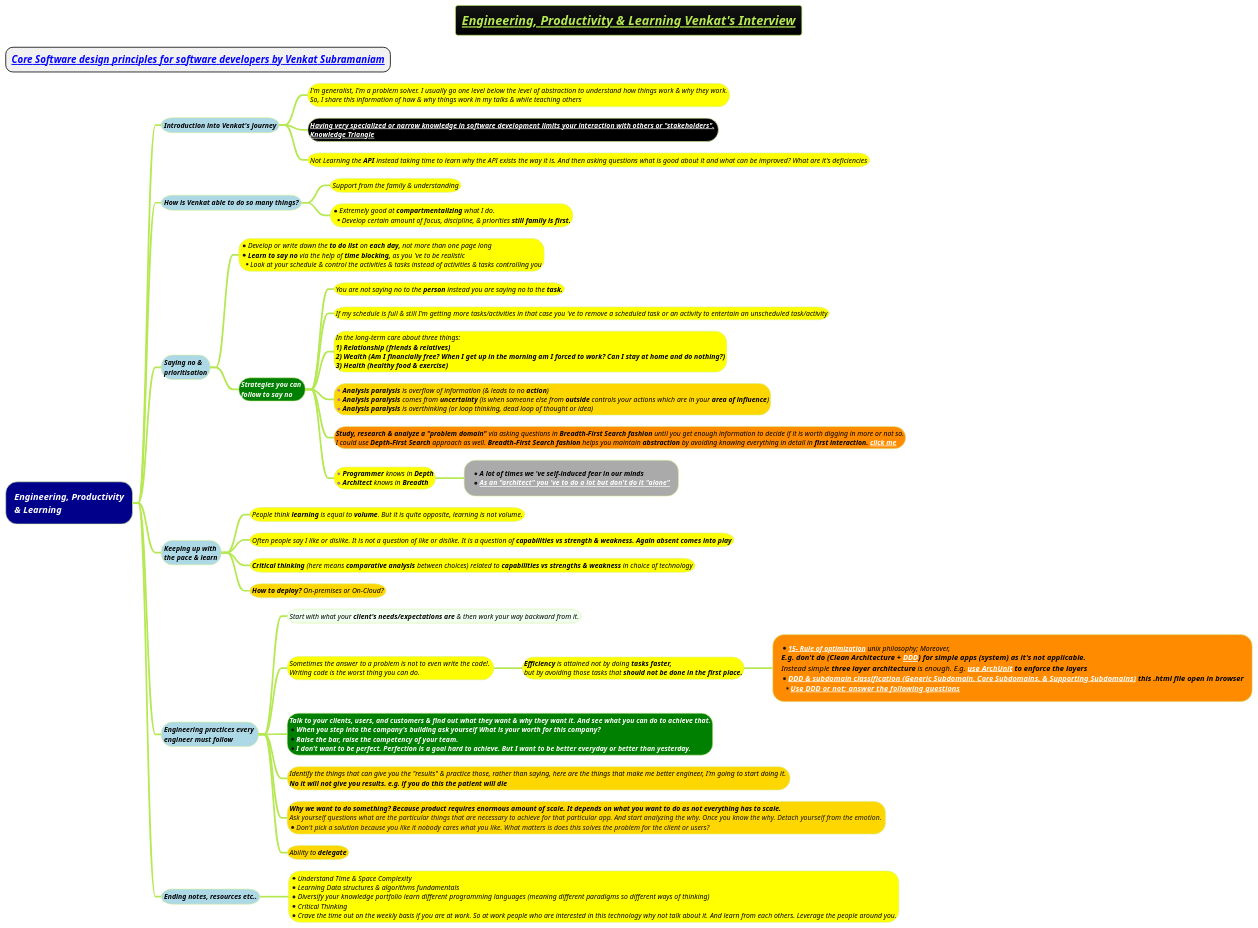
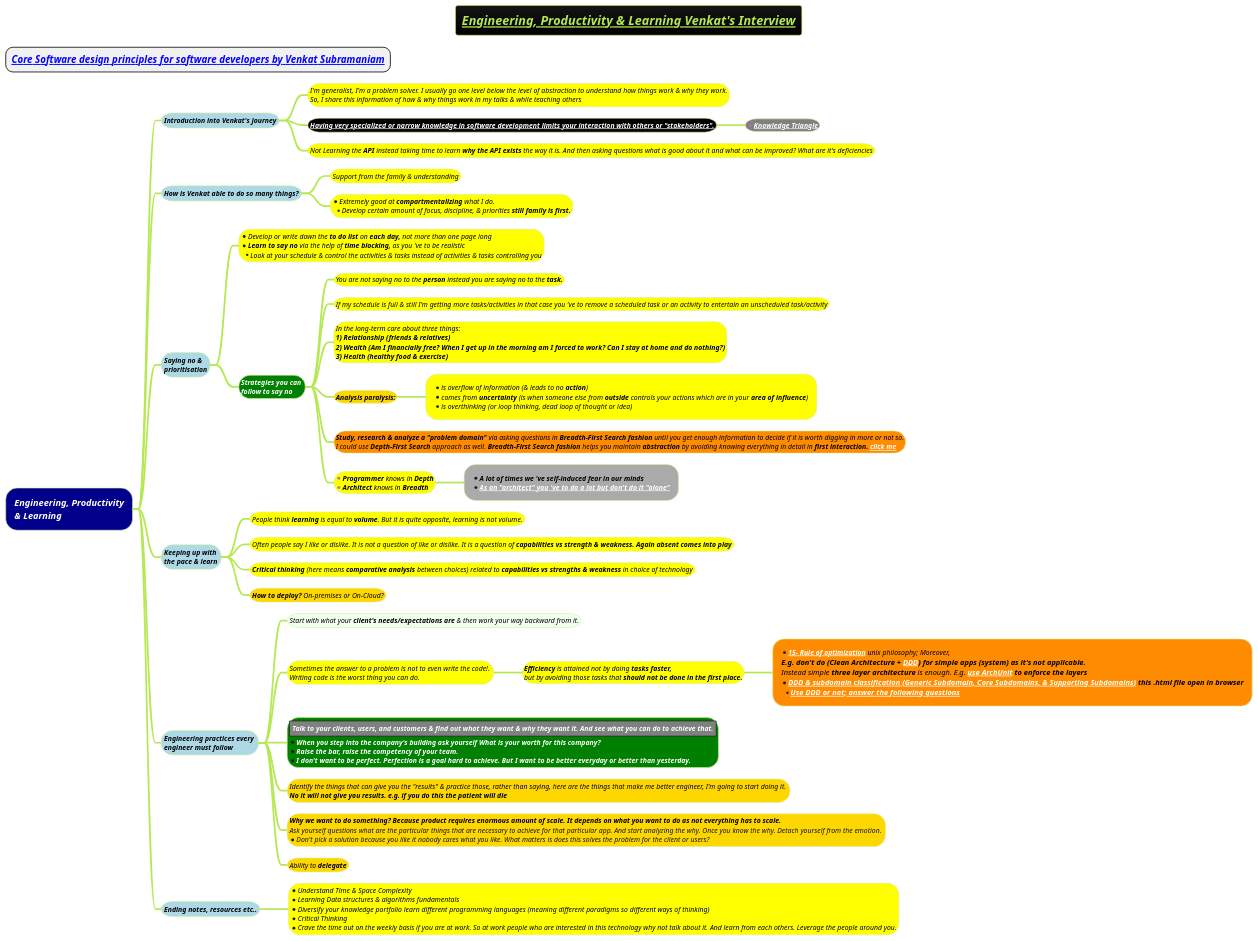
Before and after one commit to MehmoodHashmi/Documentation-as-Code-DaC: the diagram in docs/3-programming-languages/Venkat-Subramaniam/Engineering-Productivity-and-Learning.puml, drawn with PlantUML. The commit also changed 5 other files, not shown here.

```diff
--- a/docs/3-programming-languages/Venkat-Subramaniam/Engineering-Productivity-and-Learning.puml
+++ b/docs/3-programming-languages/Venkat-Subramaniam/Engineering-Productivity-and-Learning.puml
@@ -1,71 +1,73 @@
 @startmindmap
 title =<i><b><u><size:18>Engineering, Productivity & Learning Venkat's Interview
 
 * ===<i><b>[[docs/3-programming-languages/Venkat-Subramaniam/Core-Software-design-principles-for-software-developers.puml Core Software design principles for software developers by Venkat Subramaniam]]
 !theme hacker
 
 *[#darkblue] <color:white><i>Engineering, Productivity\n<color:white><i>& Learning
 **[#lightblue] <i><color #black><size:12>Introduction into Venkat's Journey
 ***[#yellow]:<i><color #black><size:12>I'm generalist, I'm a problem solver. I usually go one level below the level of abstraction to understand how things work & why they work.
 <i><color #black><size:12>So, I share this information of how & why things work in my talks & while teaching others;
-***[#black] <b><i><color #black><size:12>[[docs/3-programming-languages/Venkat-Subramaniam/images/img_396.png Having very specialized or narrow knowledge in software development limits your interaction with others or "stakeholders".]] \n<b><i><color #black><size:12>[[docs/3-programming-languages/Venkat-Subramaniam/images/img_245.png Knowledge Triangle]]
-***[#yellow] <i><color #black><size:12>Not Learning the **API** instead taking time to learn why the API exists the way it is. And then asking questions what is good about it and what can be improved? What are it's deficiencies
+***[#black] <b><i><color #black><size:12>[[docs/3-programming-languages/Venkat-Subramaniam/images/img_396.png Having very specialized or narrow knowledge in software development limits your interaction with others or "stakeholders".]]
+****[#grey] *<b><i><color #black><size:12><b><i><color #black><size:12>[[docs/3-programming-languages/Venkat-Subramaniam/images/img_245.png Knowledge Triangle]]
+***[#yellow] <i><color #black><size:12>Not Learning the **API** instead taking time to learn **why the API exists** the way it is. And then asking questions what is good about it and what can be improved? What are it's deficiencies
 
 **[#lightblue] <i><color #black><size:12>How is Venkat able to do so many things?
 ***[#yellow] <i><color #black><size:12>Support from the family & understanding
 ***[#yellow] *<i><color #black><size:12>Extremely good at **compartmentalizing** what I do. \n**<i><color #black><size:12>Develop certain amount of focus, discipline, & priorities <b>still family is first.
 
 
 **[#lightblue] <i><color #black><size:12>Saying no & \n<i><color #black><size:12>prioritisation
 ***[#yellow]:*<i><color #black><size:12>Develop or write down the **to do list** on **each day,** not more than one page long
 *<i><color #black><size:12>**Learn to say no** via the help of **time blocking,** as you 've to be realistic
 **<i><color #black><size:12>Look at your schedule & control the activities & tasks instead of activities & tasks controlling you;
 ***[#green] <i><color #white><b><size:12>Strategies you can \n<i><color #white><b><size:12>follow to say no
 ****[#yellow] <i><color #black><size:12>You are not saying no to the **person** instead you are saying no to the <b>task.
 ****[#yellow] <i><color #black><size:12>If my schedule is full & still I'm getting more tasks/activities in that case you 've to remove a scheduled task or an activity to entertain an unscheduled task/activity
 
 ****[#yellow]:<i><color #black><size:12>In the long-term care about three things:
 <i><color #black><size:12><b>1) Relationship (friends & relatives)
 <i><color #black><size:12><b>2) Wealth (Am I financially free? When I get up in the morning am I forced to work? Can I stay at home and do nothing?)
 <i><color #black><size:12><b>3) Health (healthy food & exercise);
-****[#gold]:*<i><color #black><size:12>**Analysis paralysis** is overflow of information (& leads to no **action**)
-*<i><color #black><size:12>**Analysis paralysis** comes from **uncertainty** (is when someone else from **outside** controls your actions which are in your **area of influence**)
-*<i><color #black><size:12>**Analysis paralysis** is overthinking (or loop thinking, dead loop of thought or idea);
+****[#gold]  <i><color #black><size:12>**Analysis paralysis:**
+*****[#yellow]:*<i><color #black><size:12>is overflow of information (& leads to no **action**)
+*<i><color #black><size:12><i><color #black><size:12>comes from **uncertainty** (is when someone else from **outside** controls your actions which are in your **area of influence**)
+*<i><color #black><size:12><i><color #black><size:12>is overthinking (or loop thinking, dead loop of thought or idea);
 
 ****[#darkorange]:<i><color #black><size:12>**Study, research & analyze a "problem domain"** via asking questions in **Breadth-First Search fashion** until you get enough information to decide if it is worth digging in more or not so.
 <i><color #black><size:12>I could use **Depth-First Search** approach as well. **Breadth-First Search fashion** helps you maintain **abstraction** by avoiding knowing everything in detail in <b>first interaction. [[docs/3-programming-languages/Venkat-Subramaniam/images/img_245.png click me]];
 ****[#yellow] *<i><color #black><size:12>**Programmer** knows in <b>Depth \n*<i><color #black><size:12>**Architect** knows in <b>Breadth
 *****[#a] *<b><i><color #black><size:12>A lot of times we 've self-induced fear in our minds \n*<i><color #black><size:12><b>[[docs/3-programming-languages/Venkat-Subramaniam/images/img_431.png As an  "architect" you 've to do a lot but don't do it "alone"]]
 
 
 **[#lightblue] <i><color #black><size:12>Keeping up with \n<i><color #black><size:12>the pace & learn
 ***[#yellow] <i><color #black><size:12>People think **learning** is equal to **volume**. But it is quite opposite, learning is not volume.
 ***[#yellow] <i><color #black><size:12>Often people say I like or dislike. It is not a question of like or dislike. It is a question of <b>capabilities vs strength & weakness. Again absent comes into play
 ***[#yellow] <i><color #black><size:12>**Critical thinking** (here means **comparative analysis** between choices) related to **capabilities vs strengths & weakness** in choice of technology
 ***[#gold] <i><color #black><size:12>**How to deploy?** On-premises or On-Cloud?
 **[#lightblue] <i><color #black><size:12>Engineering practices every \n<i><color #black><size:12>engineer must follow
 ***[#honeydew] <i><color #black><size:12>Start with what your **client's needs/expectations are** & then work your way backward from it.
 ***[#yellow] <i><color #black><size:12>Sometimes the answer to a problem is not to even write the code!. \n<i><color #black><size:12>Writing code is the worst thing you can do.
 ****[#yellow] <i><color #black><size:12><b>Efficiency</b> is attained not by doing <b>tasks faster,\n<i><color #black><size:12>but by avoiding those tasks that <b>should not be done in the first place.
 *****[#darkorange]:*<i><color #black><size:12>**[[docs/3-programming-languages/Venkat-Subramaniam/images/img_718.png 15- Rule of optimization]]** unix philosophy; Moreover,
 <i><color #black><size:13><b>E.g. don't do (Clean Architecture + [[docs/3-programming-languages/Venkat-Subramaniam/images/img_55.jpg DDD]]) for simple apps (system) as it's not applicable.
 <i><color #black><size:13>Instead simple **three layer architecture** is enough. E.g. <b>[[docs/3-programming-languages/clean-architecture/archunit.adoc use ArchUnit]] to enforce the layers
 *<i><color #black><size:13><b>[[docs/3-programming-languages/Venkat-Subramaniam/gif/DDD-and-subdomain-classification.html DDD & subdomain classification (Generic Subdomain, Core Subdomains, & Supporting Subdomains)]] this .html file open in browser
 **<i><color #black><size:13><b>[[docs/3-programming-languages/Venkat-Subramaniam/images/DDD-and-questions.drawio.png Use DDD or not; answer the following  questions]];
-***[#green]:<i><color #white><b><size:12>Talk to your clients, users, and customers & find out what they want & why they want it. And see what you can do to achieve that.
+***[#green]:|<#grey><i><color #white><b><size:12>Talk to your clients, users, and customers & find out what they want & why they want it. And see what you can do to achieve that.|
 *<i><color #white><b><size:12>When you step into the company's building ask yourself What is your worth for this company?
 *<i><color #white><b><size:12>Raise the bar, raise the competency of your team.
 *<i><color #white><b><size:12>I don't want to be perfect. Perfection is a goal hard to achieve. But I want to be better everyday or better than yesterday.;
 ***[#gold] <i><color #black><size:12>Identify the things that can give you the "results" & practice those, rather than saying, here are the things that make me better engineer, I'm going to start doing it. \n<i><color #black><b><size:12>No it will not give you results. e.g. if you do this the patient will die
 ***[#gold] <i><color #black><b><size:12>Why we want to do something? Because product requires enormous amount of scale. It depends on what you want to do as not everything has to scale. \n<i>Ask yourself questions what are the particular things that are necessary to achieve for that particular app. And start analyzing the why. Once you know the why. Detach yourself from the emotion. \n*<i>Don't pick a solution because you like it nobody cares what you like. What matters is does this solves the problem for the client or users?
 ***[#gold] <i><color #black><size:12>Ability to <b>delegate
 
 **[#lightblue] <i><color #black><size:12>Ending notes, resources etc..
 
 ***[#yellow]:*<i><color #black><size:12>Understand Time & Space Complexity
 *<i><color #black><size:12>Learning Data structures & algorithms fundamentals
 *<i><color #black><size:12>Diversify your knowledge portfolio learn different programming languages (meaning different paradigms so different ways of thinking)
 *<i><color #black><size:12>Critical Thinking
 *<i><color #black><size:12>Crave the time out on the weekly basis if you are at work. So at work people who are interested in this technology why not talk about it. And learn from each others. Leverage the people around you.;
 
 @endmindmap
```
